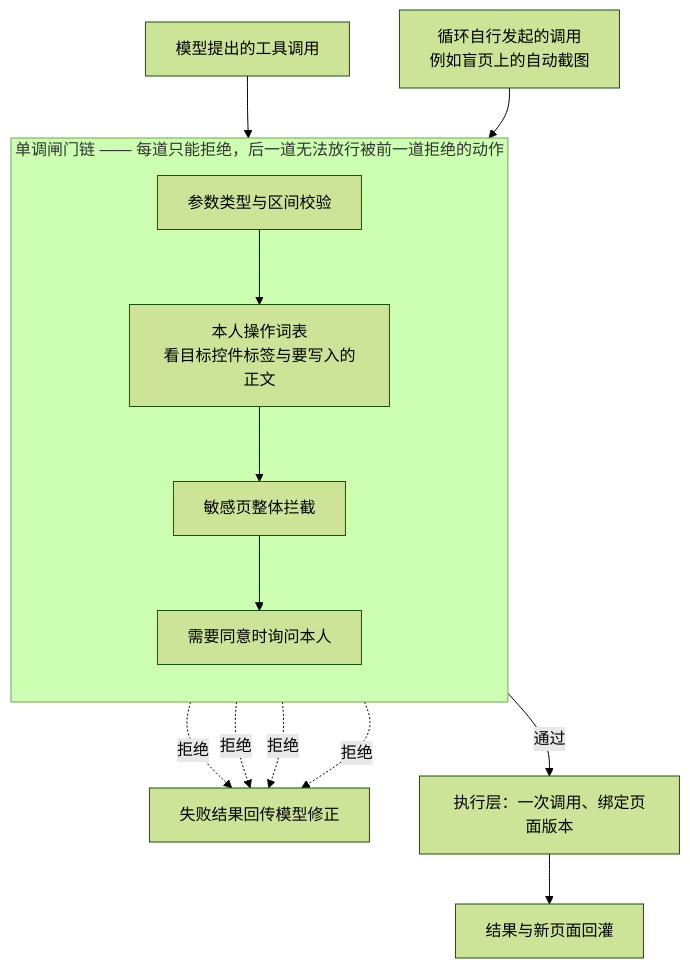
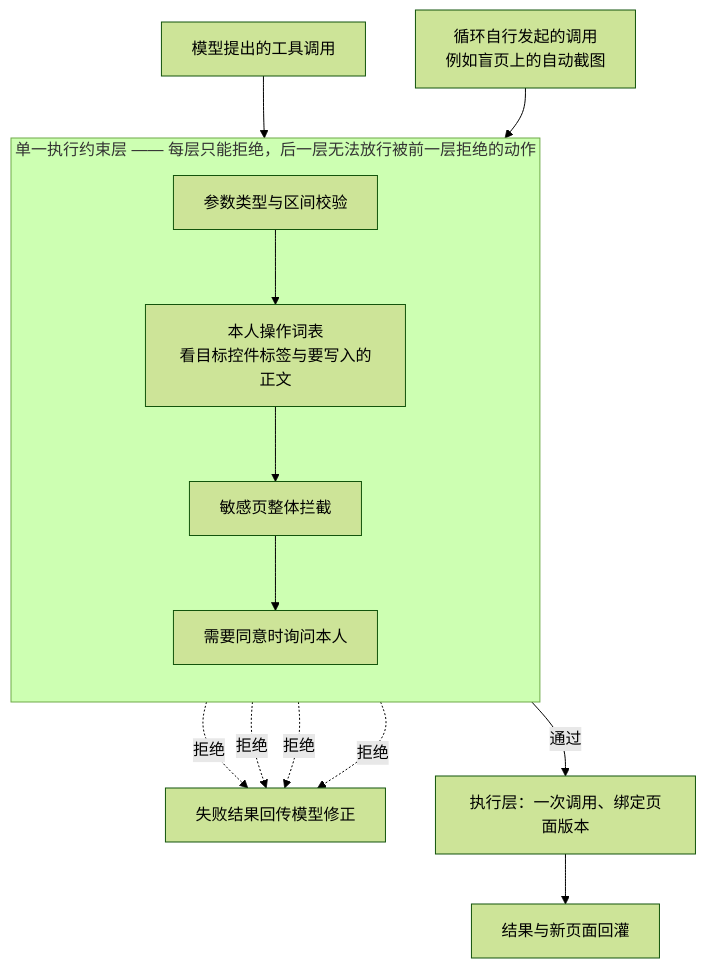
One commit to lhxll07/elder-harness changed the third of 13 diagrams in docs/aic-2026/作品方案-定稿.md. Above: the diagram before and after it, drawn with Mermaid (forest theme). The commit also changed other lines of this file and 50 other files, not shown here.

````diff
--- a/docs/aic-2026/作品方案-定稿.md
+++ b/docs/aic-2026/作品方案-定稿.md
@@ -339,17 +341,17 @@
 ```mermaid
 flowchart TD
   A1[模型提出的工具调用] --> G
   A2[循环自行发起的调用<br/>例如盲页上的自动截图] --> G
-  subgraph G[单调闸门链 —— 每道只能拒绝，后一道无法放行被前一道拒绝的动作]
+  subgraph G[单一执行约束层 —— 每层只能拒绝，后一层无法放行被前一层拒绝的动作]
     direction TB
     G1[参数类型与区间校验] --> G2[本人操作词表<br/>看目标控件标签与要写入的正文]
     G2 --> G3[敏感页整体拦截]
     G3 --> G4[需要同意时询问本人]
   end
   G1 -.->|拒绝| R[失败结果回传模型修正]
   G2 -.->|拒绝| R
   G3 -.->|拒绝| R
   G4 -.->|拒绝| R
   G4 -->|通过| E[执行层：一次调用、绑定页面版本]
   E --> R2[结果与新页面回灌]
 ```
````
